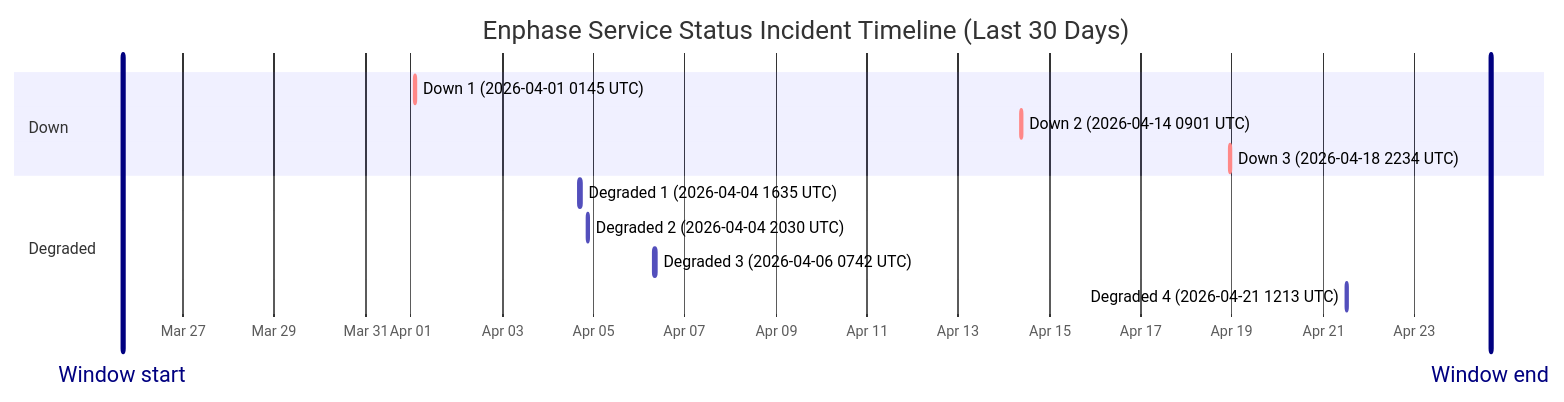
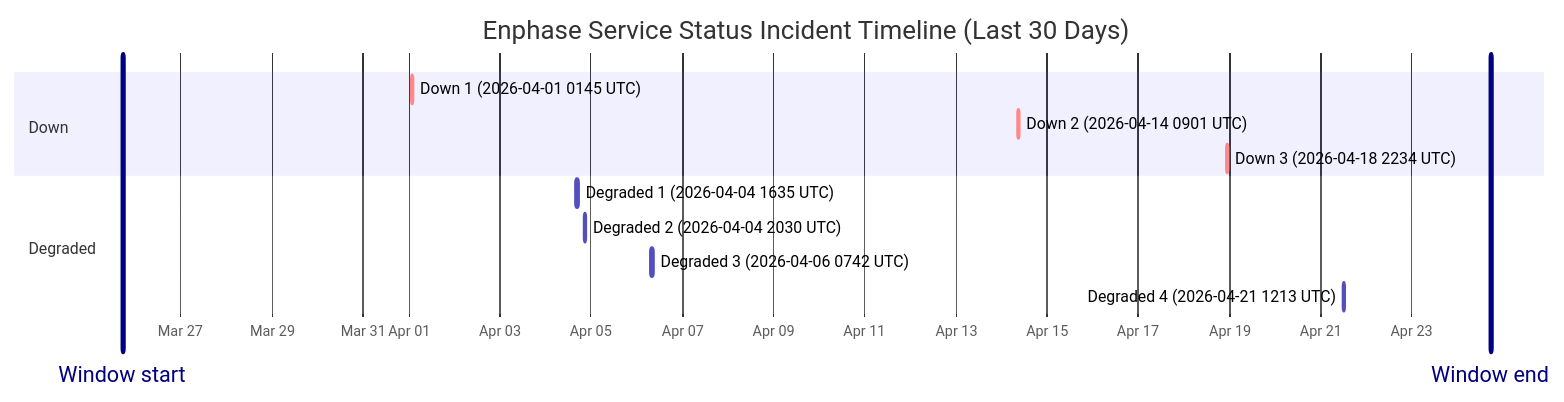
Before and after one commit to barneyonline/ha-enphase-ev-charger: the diagram in wiki/Service-Status-History.md, drawn with Mermaid. The commit also changed other lines of this file and 3 other files, not shown here.

````diff
--- a/wiki/Service-Status-History.md
+++ b/wiki/Service-Status-History.md
@@ -14,17 +14,17 @@
 ```mermaid
 gantt
     title Enphase Service Status Incident Timeline (Last 30 Days)
     dateFormat  YYYY-MM-DDTHH:mm:ss
     axisFormat  %b %d
-    Window start :vert, window-start, 2026-03-25T16:03:57, 0ms
-    Window end :vert, window-end, 2026-04-24T16:03:57, 0ms
+    Window start :vert, window-start, 2026-03-25T17:29:31, 0ms
+    Window end :vert, window-end, 2026-04-24T17:29:31, 0ms
     section Down
     Down 1 (2026-04-01 0145 UTC) :crit, down-1, 2026-04-01T01:45:09, 60m
     Down 2 (2026-04-14 0901 UTC) :crit, down-2, 2026-04-14T09:01:13, 60m
     Down 3 (2026-04-18 2234 UTC) :crit, down-3, 2026-04-18T22:34:13, 60m
     section Degraded
     Degraded 1 (2026-04-04 1635 UTC) :active, degraded-1, 2026-04-04T16:35:17, 60m
     Degraded 2 (2026-04-04 2030 UTC) :active, degraded-2, 2026-04-04T20:30:40, 60m
     Degraded 3 (2026-04-06 0742 UTC) :active, degraded-3, 2026-04-06T07:42:09, 85m
     Degraded 4 (2026-04-21 1213 UTC) :active, degraded-4, 2026-04-21T12:13:11, 60m
 ```
````
